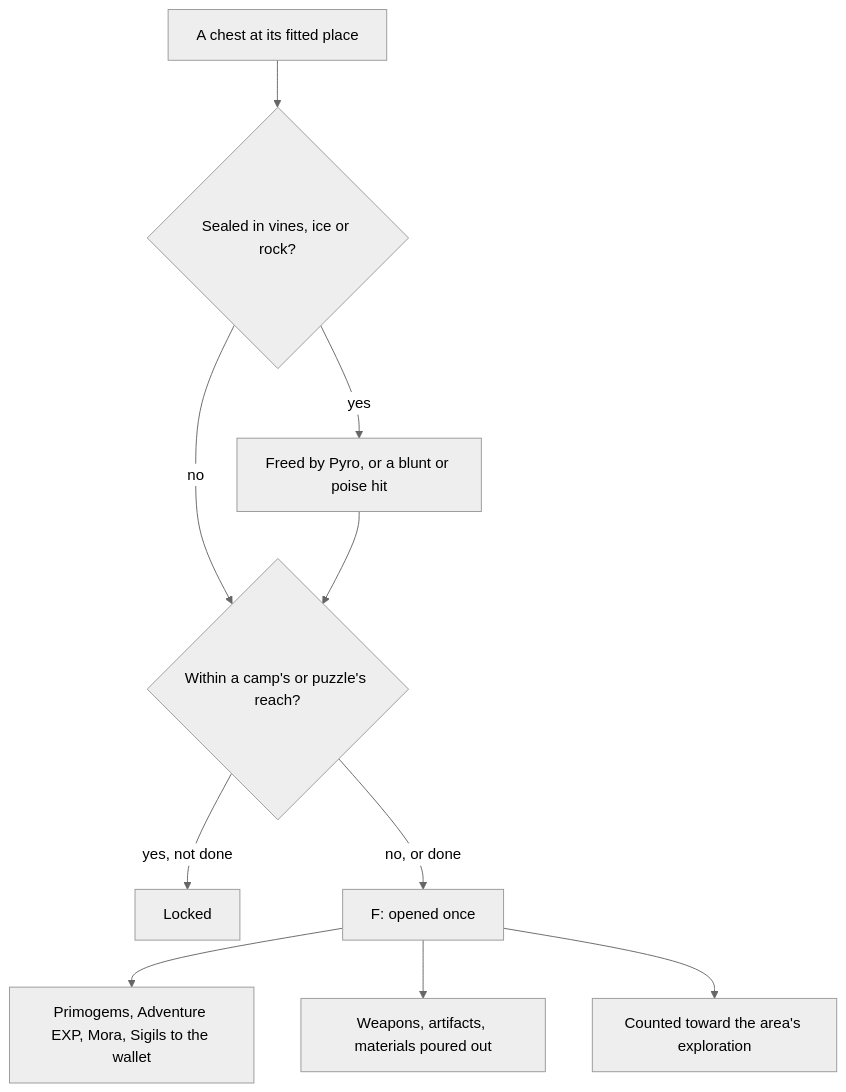
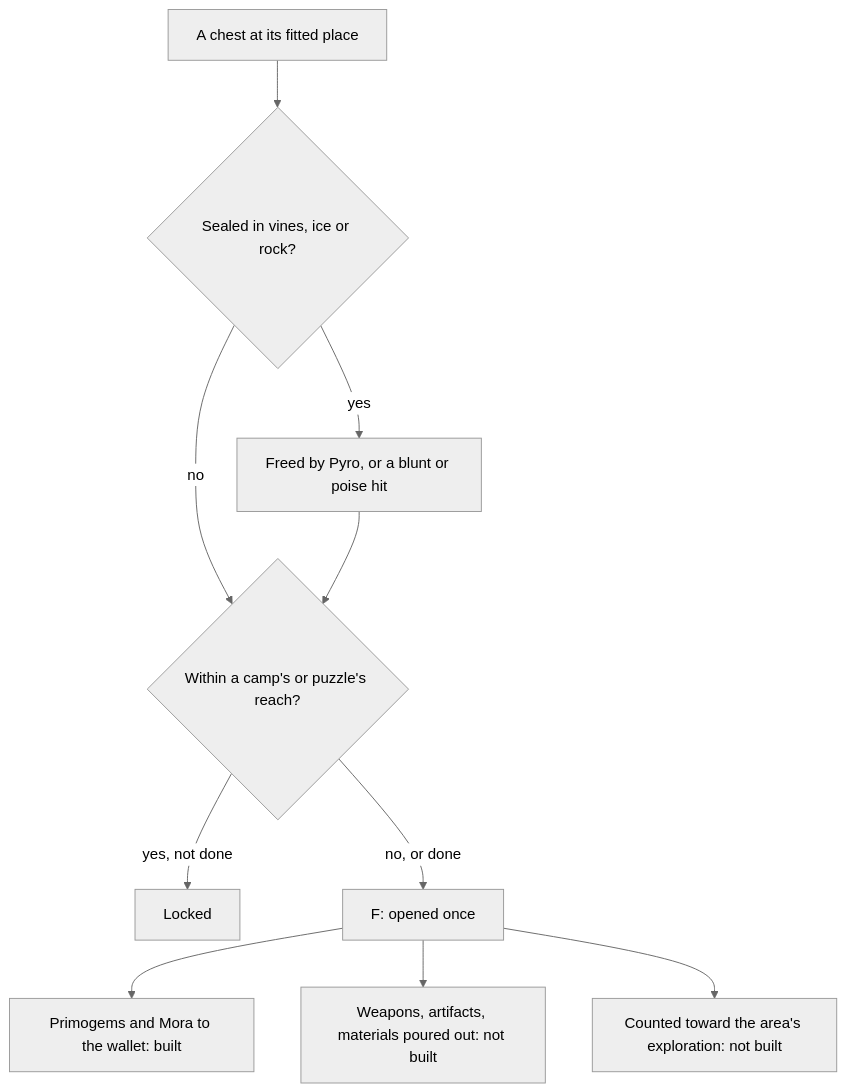
The diagram in apps/web/content/docs/proposals/genshin/chests.md (Esposter/Esposter), drawn with Mermaid (neutral theme) before and after one commit. The commit also changed other lines of this file and 1 other file, not shown here.

First line of the commit message:
docs(genshin): the chests' opening pays the Primogems and Mora of three tiers, the as-built page names the ranges and the proposal keeps what is left: the drops, the other rewards, the locks, the digging and seals, and the join to the achievements

````diff
--- a/apps/web/content/docs/proposals/genshin/chests.md
+++ b/apps/web/content/docs/proposals/genshin/chests.md
@@ -23,12 +24,12 @@
 ```mermaid
 flowchart TD
   CHEST["A chest at its fitted place"] --> SEALED{"Sealed in vines, ice or rock?"}
   SEALED -->|"yes"| FREE["Freed by Pyro, or a blunt or poise hit"]
   SEALED -->|"no"| LOCKED
   FREE --> LOCKED{"Within a camp's or puzzle's reach?"}
   LOCKED -->|"yes, not done"| WAIT["Locked"]
   LOCKED -->|"no, or done"| OPEN["F: opened once"]
-  OPEN --> WALLET["Primogems, Adventure EXP, Mora, Sigils to the wallet"]
-  OPEN --> DROPS["Weapons, artifacts, materials poured out"]
-  OPEN --> COUNT["Counted toward the area's exploration"]
+  OPEN --> WALLET["Primogems and Mora to the wallet: built"]
+  OPEN --> DROPS["Weapons, artifacts, materials poured out: not built"]
+  OPEN --> COUNT["Counted toward the area's exploration: not built"]
 ```
````
